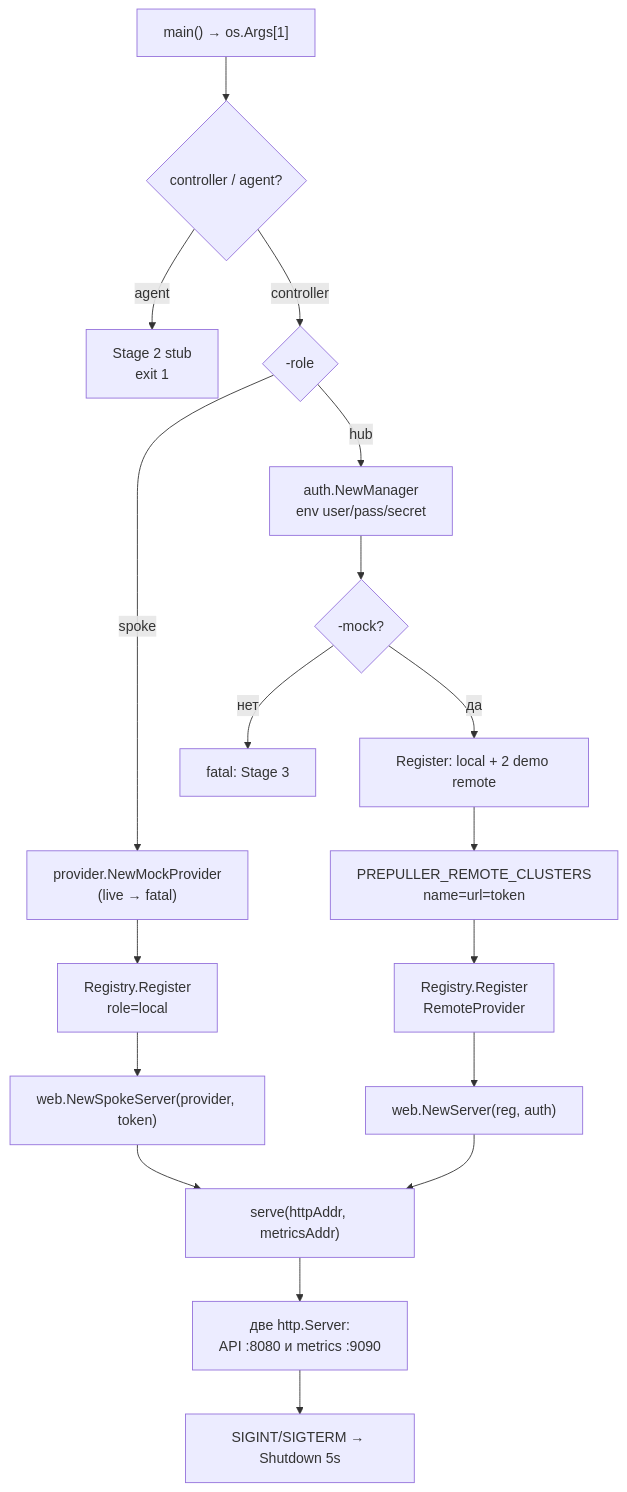
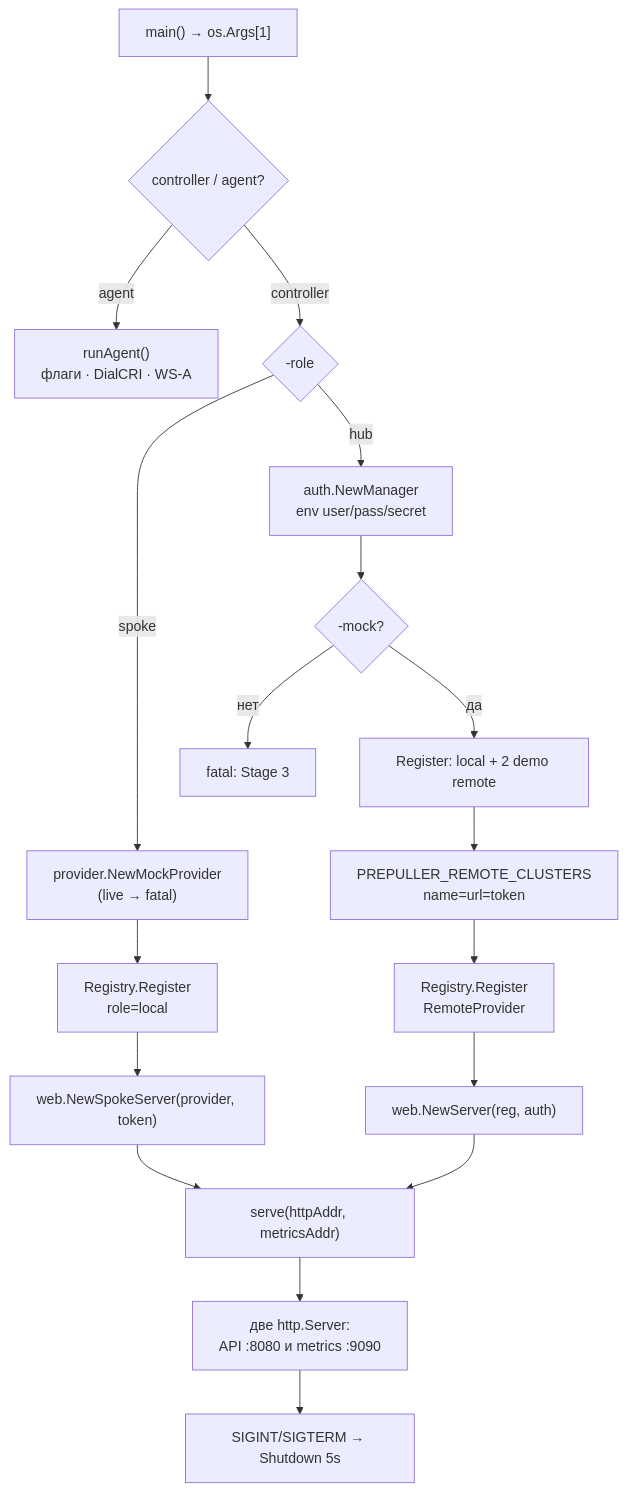
Before and after one commit to vasyakrg/image-prepuller: the third of 11 diagrams in docs/architecture.md, drawn with Mermaid. The commit also changed other lines of this file and 28 other files, not shown here.

````diff
--- a/docs/architecture.md
+++ b/docs/architecture.md
@@ -117,20 +130,20 @@
 ```mermaid
 flowchart TD
     A["main() → os.Args[1]"] --> B{"controller / agent?"}
-    B -->|agent| X["Stage 2 stub<br/>exit 1"]
+    B -->|agent| X["runAgent()<br/>флаги · DialCRI · WS-A"]
     B -->|controller| C{"-role"}
     C -->|spoke| D["provider.NewMockProvider<br/>(live → fatal)"]
     D --> E["Registry.Register<br/>role=local"]
     E --> F["web.NewSpokeServer(provider, token)"]
     C -->|hub| G["auth.NewManager<br/>env user/pass/secret"]
     G --> H{"-mock?"}
     H -->|да| I["Register: local + 2 demo remote"]
     H -->|нет| Y["fatal: Stage 3"]
     I --> J["PREPULLER_REMOTE_CLUSTERS<br/>name=url=token"]
     J --> K["Registry.Register<br/>RemoteProvider"]
     K --> L["web.NewServer(reg, auth)"]
     F --> S["serve(httpAddr, metricsAddr)"]
     L --> S
     S --> T["две http.Server:<br/>API :8080 и metrics :9090"]
     T --> U["SIGINT/SIGTERM → Shutdown 5s"]
 ```
````
